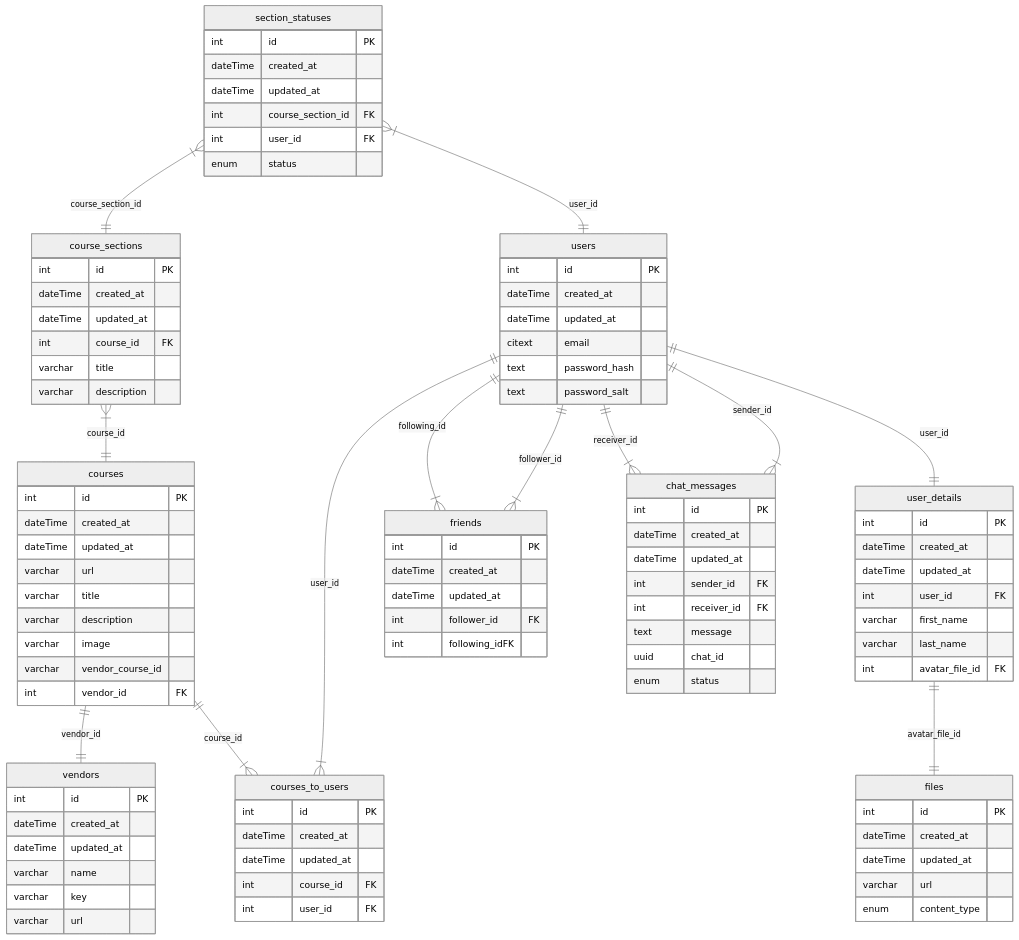
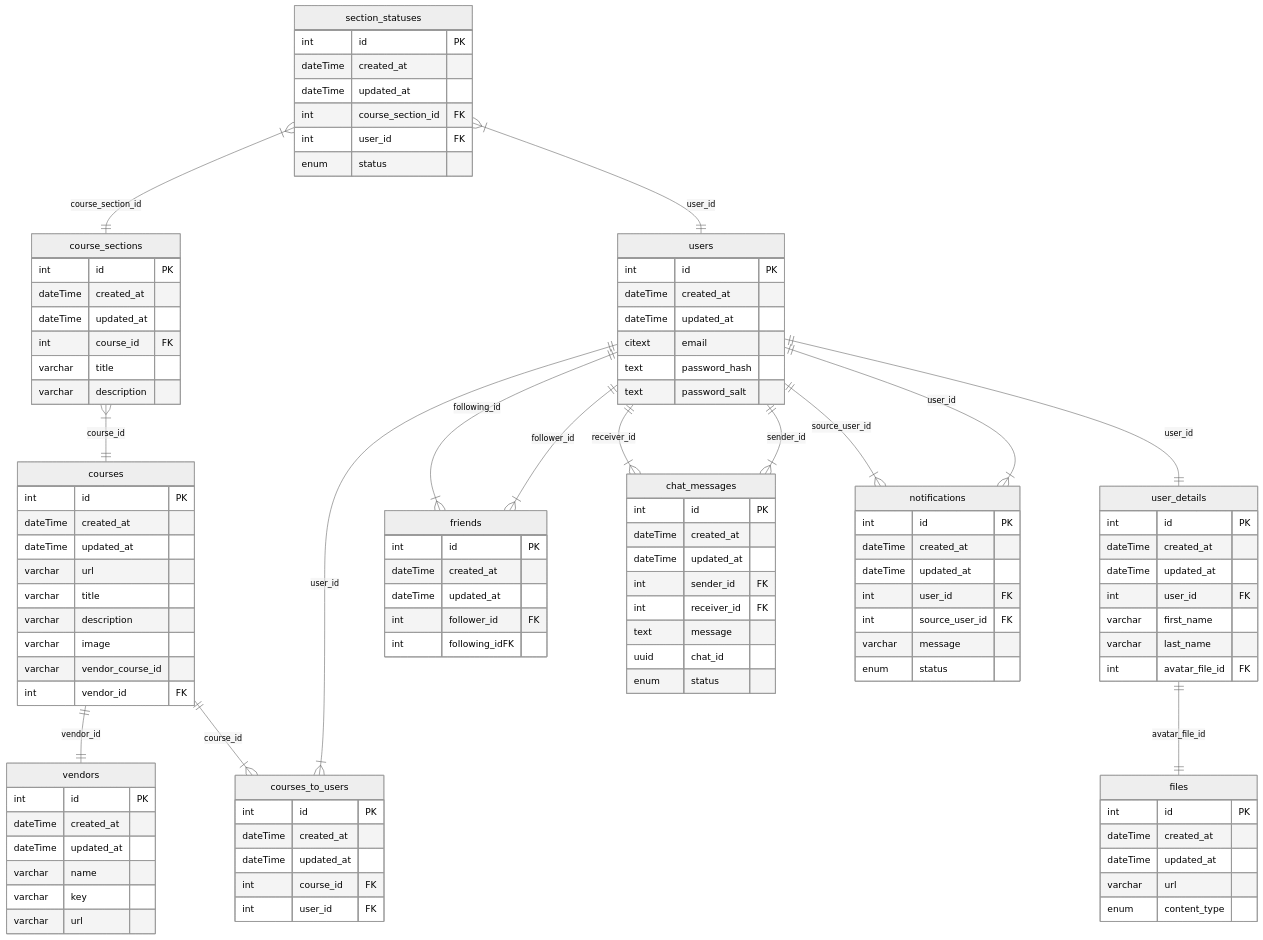
The diagram in readme.md (BinaryStudioAcademy/bsa-winter-2023-2024-trackmates), drawn with Mermaid (neutral theme) before and after one commit. The commit also changed 1 other file, not shown here.

Commit message:
feat: add notifications table and relations to readme tm-198

````diff
--- a/readme.md
+++ b/readme.md
@@ -118,6 +118,16 @@
     enum status
    }
 
+   notifications {
+    int id PK
+    dateTime created_at
+    dateTime updated_at
+    int user_id FK
+    int source_user_id FK
+    varchar message
+    enum status
+   }
+
    users ||--|| user_details : user_id
    user_details ||--|| files : avatar_file_id
 
@@ -136,4 +146,6 @@
    section_statuses }|--|| course_sections : course_section_id
    section_statuses }|--|| users : user_id
 
+   users ||--|{ notifications : user_id
+   users ||--|{ notifications : source_user_id
 ```
````
